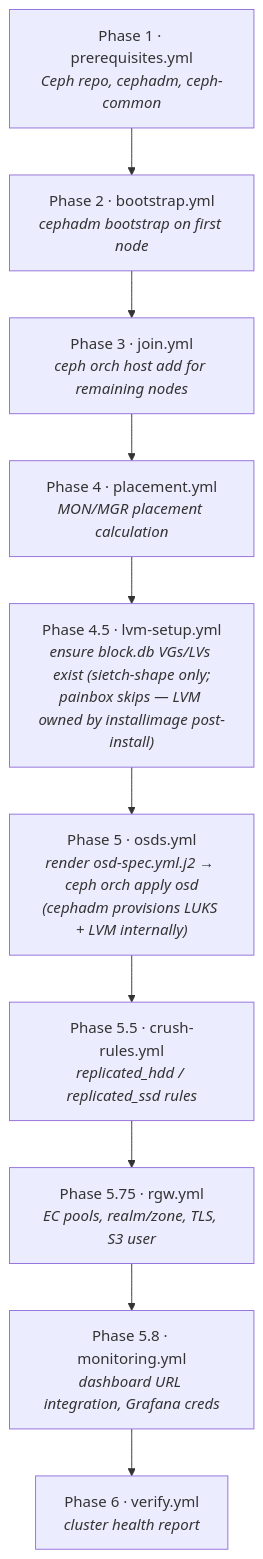
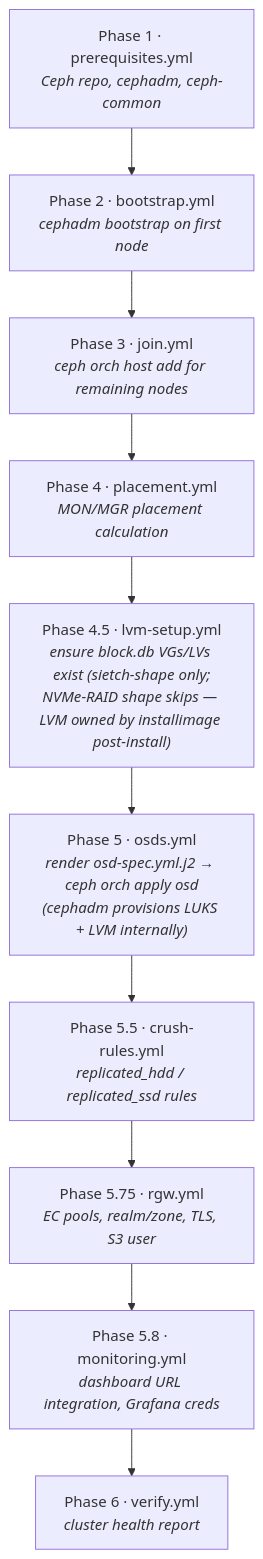
The fourth of 11 diagrams in ansible/ceph/docs/architecture.md (immich-app/yucca), drawn with Mermaid before and after one commit. The commit also changed other lines of this file and 15 other files, not shown here.

````diff
--- a/ansible/ceph/docs/architecture.md
+++ b/ansible/ceph/docs/architecture.md
@@ -371,15 +369,15 @@
 ```mermaid
 flowchart TB
     P1["Phase 1 · prerequisites.yml<br/><i>Ceph repo, cephadm, ceph-common</i>"]
     P2["Phase 2 · bootstrap.yml<br/><i>cephadm bootstrap on first node</i>"]
     P3["Phase 3 · join.yml<br/><i>ceph orch host add for remaining nodes</i>"]
     P4["Phase 4 · placement.yml<br/><i>MON/MGR placement calculation</i>"]
-    P45["Phase 4.5 · lvm-setup.yml<br/><i>ensure block.db VGs/LVs exist (sietch-shape only;<br/>painbox skips — LVM owned by installimage post-install)</i>"]
+    P45["Phase 4.5 · lvm-setup.yml<br/><i>ensure block.db VGs/LVs exist (sietch-shape only;<br/>NVMe-RAID shape skips — LVM owned by installimage post-install)</i>"]
     P5["Phase 5 · osds.yml<br/><i>render osd-spec.yml.j2 → ceph orch apply osd<br/>(cephadm provisions LUKS + LVM internally)</i>"]
     P55["Phase 5.5 · crush-rules.yml<br/><i>replicated_hdd / replicated_ssd rules</i>"]
     P575["Phase 5.75 · rgw.yml<br/><i>EC pools, realm/zone, TLS, S3 user</i>"]
     P58["Phase 5.8 · monitoring.yml<br/><i>dashboard URL integration, Grafana creds</i>"]
     P6["Phase 6 · verify.yml<br/><i>cluster health report</i>"]
 
     P1 --> P2 --> P3 --> P4 --> P45 --> P5 --> P55 --> P575 --> P58 --> P6
 ```
````
